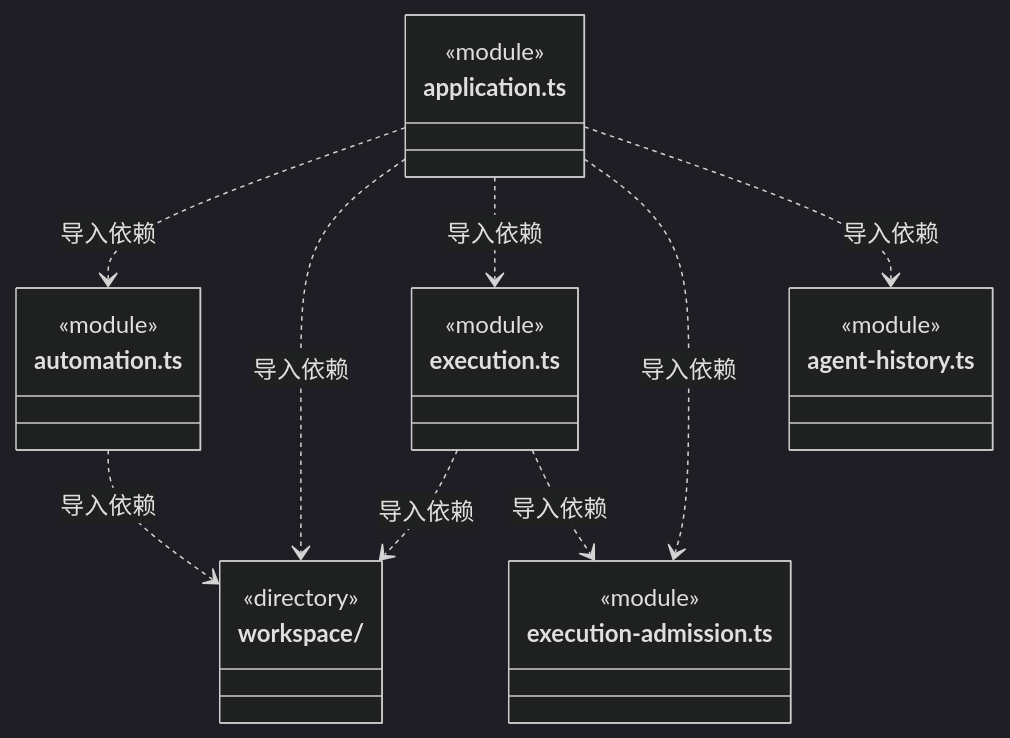
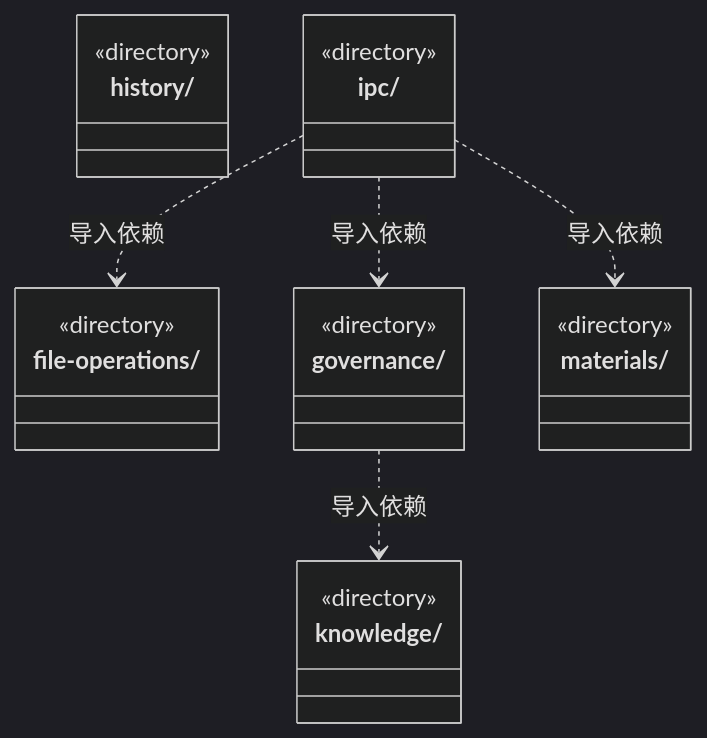
One commit to nan023062/cbim changed the second of 6 diagrams in src/backend/main/ARCHITECTURE.md. Above: the diagram before and after it, drawn with Mermaid (dark theme). The commit also changed other lines of this file and 971 other files, not shown here.

First line of the commit message:
refactor: align backend source layout with V&B module boundaries

````diff
--- a/src/backend/main/ARCHITECTURE.md
+++ b/src/backend/main/ARCHITECTURE.md
@@ -56,29 +44,25 @@
 ```mermaid
 classDiagram
-class N_src_backend_main_workspace["workspace/"] {
+class N_src_backend_main_file_operations["file-operations/"] {
   <<directory>>
 }
-class N_src_backend_main_agent_history_ts["agent-history.ts"] {
-  <<module>>
+class N_src_backend_main_governance["governance/"] {
+  <<directory>>
 }
-class N_src_backend_main_application_ts["application.ts"] {
-  <<module>>
+class N_src_backend_main_history["history/"] {
+  <<directory>>
 }
-class N_src_backend_main_automation_ts["automation.ts"] {
-  <<module>>
+class N_src_backend_main_ipc["ipc/"] {
+  <<directory>>
 }
-class N_src_backend_main_execution_admission_ts["execution-admission.ts"] {
-  <<module>>
+class N_src_backend_main_knowledge["knowledge/"] {
+  <<directory>>
 }
-class N_src_backend_main_execution_ts["execution.ts"] {
-  <<module>>
+class N_src_backend_main_materials["materials/"] {
+  <<directory>>
 }
-N_src_backend_main_application_ts ..> N_src_backend_main_automation_ts : 导入依赖
-N_src_backend_main_application_ts ..> N_src_backend_main_workspace : 导入依赖
-N_src_backend_main_application_ts ..> N_src_backend_main_execution_ts : 导入依赖
-N_src_backend_main_application_ts ..> N_src_backend_main_execution_admission_ts : 导入依赖
-N_src_backend_main_application_ts ..> N_src_backend_main_agent_history_ts : 导入依赖
-N_src_backend_main_automation_ts ..> N_src_backend_main_workspace : 导入依赖
-N_src_backend_main_execution_ts ..> N_src_backend_main_workspace : 导入依赖
-N_src_backend_main_execution_ts ..> N_src_backend_main_execution_admission_ts : 导入依赖
+N_src_backend_main_governance ..> N_src_backend_main_knowledge : 导入依赖
+N_src_backend_main_ipc ..> N_src_backend_main_materials : 导入依赖
+N_src_backend_main_ipc ..> N_src_backend_main_governance : 导入依赖
+N_src_backend_main_ipc ..> N_src_backend_main_file_operations : 导入依赖
 ```
````
